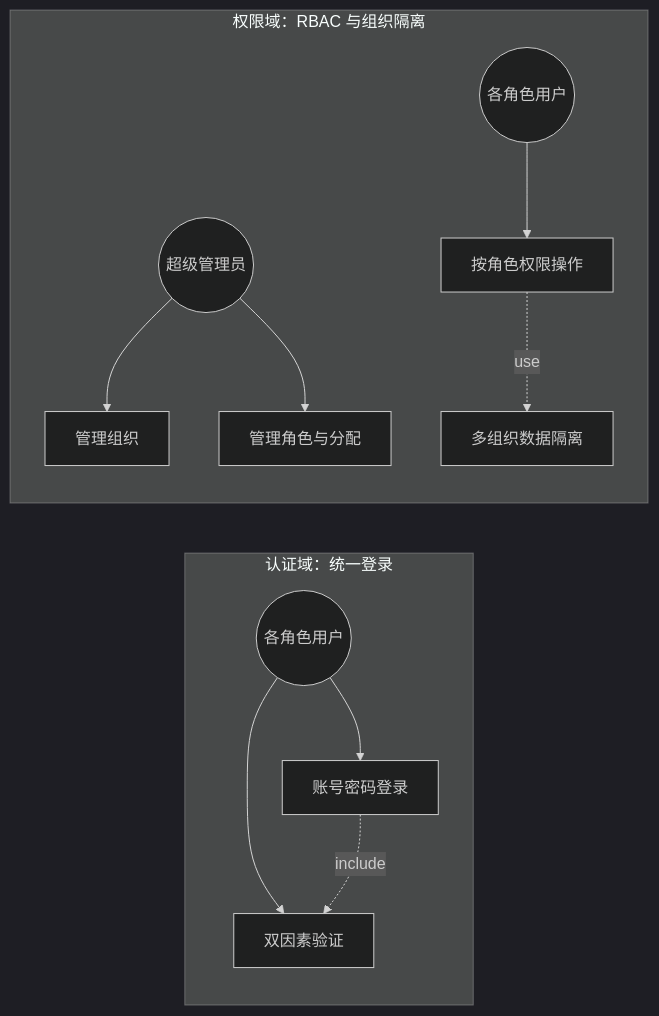
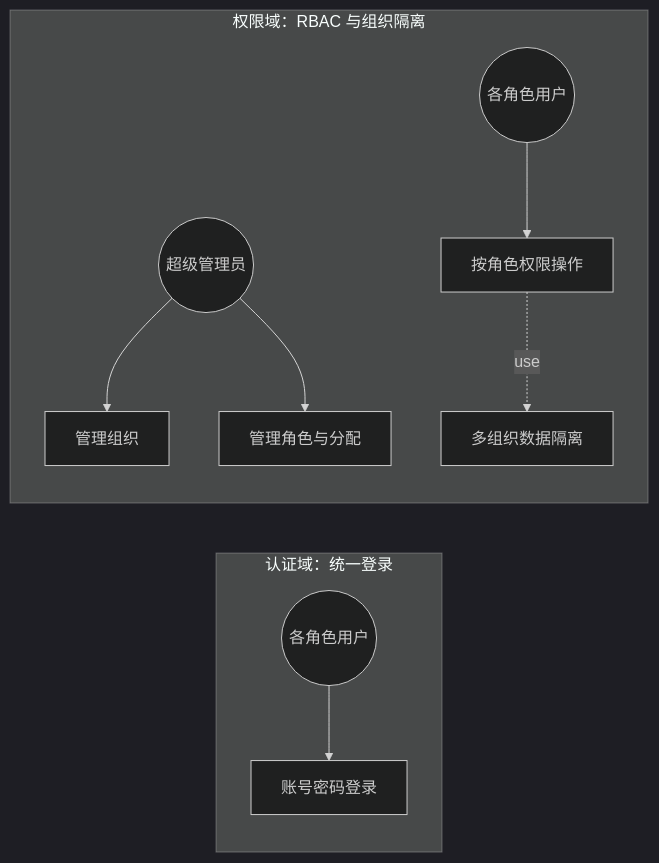
One commit to Sj-g/obsidian changed diagram 27 of 50 in 公司项目/认知作战/文档/软件需求规格说明.md. Above: the diagram before and after it, drawn with Mermaid (dark theme). The commit also changed other lines of this file and 2 other files, not shown here.

````diff
--- a/公司项目/认知作战/文档/软件需求规格说明.md
+++ b/公司项目/认知作战/文档/软件需求规格说明.md
@@ -2191,21 +2191,19 @@
 ```mermaid
 flowchart LR
   subgraph 认证域["认证域：统一登录"]
     A1((各角色用户))
     UC1[账号密码登录]
-    UC2[双因素验证]
-    A1 --> UC1 & UC2
-    UC1 -. include .-> UC2
+    A1 --> UC1
   end
   subgraph 权限域["权限域：RBAC 与组织隔离"]
     A2((超级管理员))
     A1b((各角色用户))
     UC3[管理组织]
     UC4[管理角色与分配]
     UC5[按角色权限操作]
     UC6[多组织数据隔离]
     A2 --> UC3 & UC4
     A1b --> UC5
     UC5 -. use .-> UC6
   end
 ```
````
